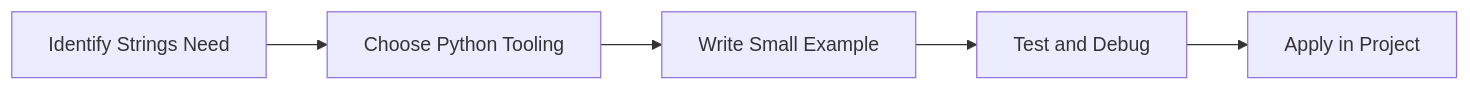
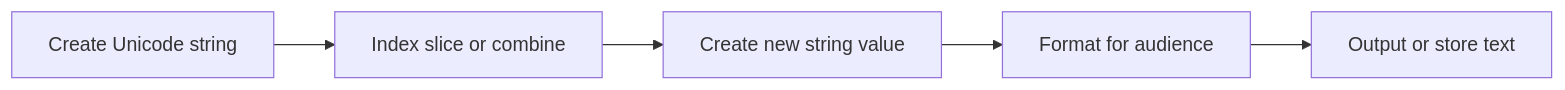
One commit to SYMOIZ/E-Learning-Portal changed the diagram in Python-Mastery/Beginner/14-strings.md. Above: the diagram before and after it, drawn with Mermaid. The commit also changed other lines of this file and 116 other files, not shown here.

````diff
--- a/Python-Mastery/Beginner/14-strings.md
+++ b/Python-Mastery/Beginner/14-strings.md
@@ -121,7 +126,12 @@
 ```mermaid
 flowchart LR
-    A[Identify Strings Need] --> B[Choose Python Tooling]
-    B --> C[Write Small Example]
-    C --> D[Test and Debug]
-    D --> E[Apply in Project]
+    A[Create Unicode string]
+    B[Index slice or combine]
+    C[Create new string value]
+    D[Format for audience]
+    E[Output or store text]
+    A --> B
+    B --> C
+    C --> D
+    D --> E
 ```
````
